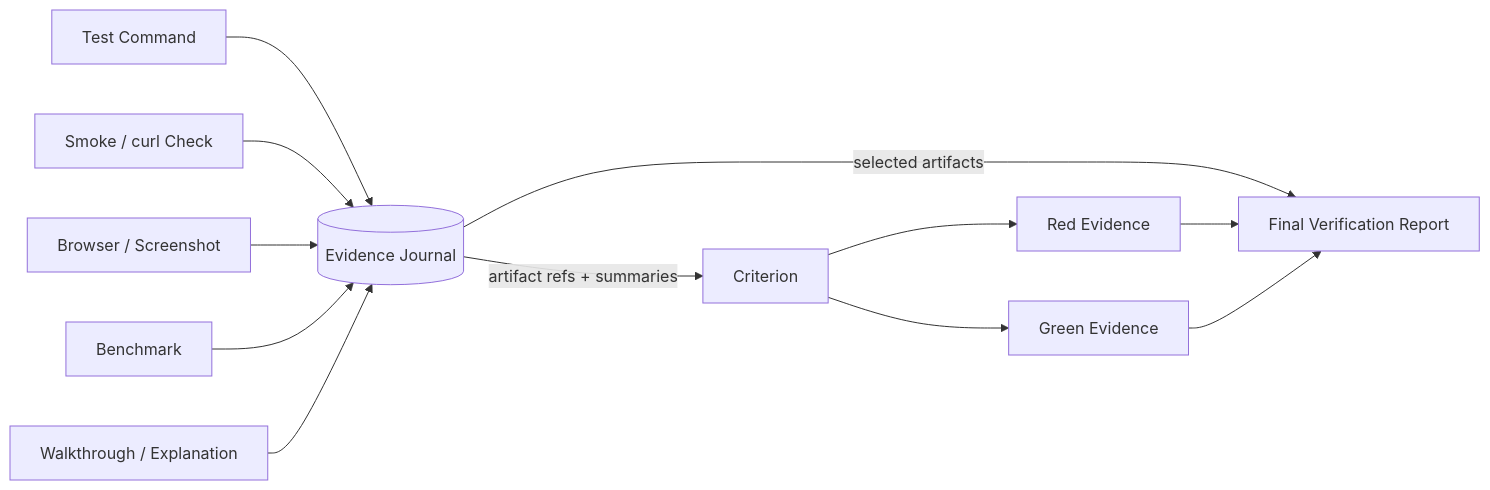
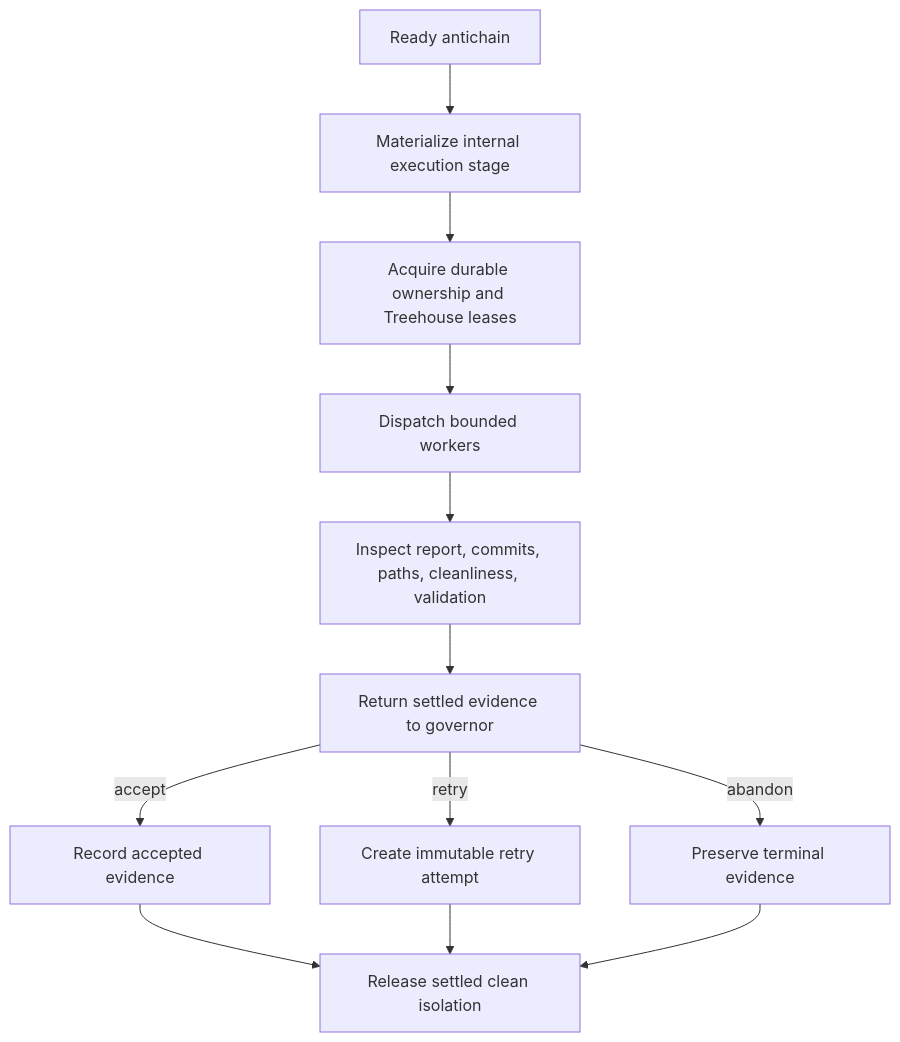
Before and after one commit to BadLiveware/pi: the fourth of 6 diagrams in agent/extensions/private/stardock/docs/architecture-diagrams.md, drawn with Mermaid. The commit also changed other lines of this file and 96 other files, not shown here.

First line of the commit message:
feat(stardock): add governor-led DAG execution and recovery

````diff
--- a/agent/extensions/private/stardock/docs/architecture-diagrams.md
+++ b/agent/extensions/private/stardock/docs/architecture-diagrams.md
@@ -261,28 +77,14 @@
 ```mermaid
-flowchart LR
-  Criterion[Criterion]
-  Red[Red Evidence]
-  Green[Green Evidence]
-  Test[Test Command]
-  Smoke[Smoke / curl Check]
-  Browser[Browser / Screenshot]
-  Bench[Benchmark]
-  Walkthrough[Walkthrough / Explanation]
-  Journal[(Evidence Journal)]
-  Final[Final Verification Report]
-
-  Criterion --> Red
-  Criterion --> Green
-
-  Test --> Journal
-  Smoke --> Journal
-  Browser --> Journal
-  Bench --> Journal
-  Walkthrough --> Journal
-
-  Journal -->|artifact refs + summaries| Criterion
-  Journal -->|selected artifacts| Final
-
-  Red --> Final
-  Green --> Final
+flowchart TD
+  Ready[Ready antichain] --> Materialize[Materialize internal execution stage]
+  Materialize --> Lease[Acquire durable ownership and Treehouse leases]
+  Lease --> Dispatch[Dispatch bounded workers]
+  Dispatch --> Inspect[Inspect report, commits, paths, cleanliness, validation]
+  Inspect --> Review[Return settled evidence to governor]
+  Review -->|accept| Accepted[Record accepted evidence]
+  Review -->|retry| Retry[Create immutable retry attempt]
+  Review -->|abandon| Abandoned[Preserve terminal evidence]
+  Accepted --> Cleanup[Release settled clean isolation]
+  Retry --> Cleanup
+  Abandoned --> Cleanup
 ```
````
